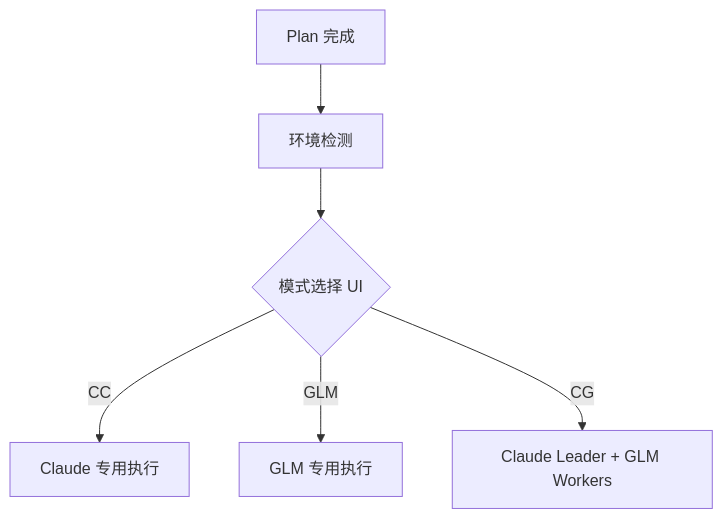
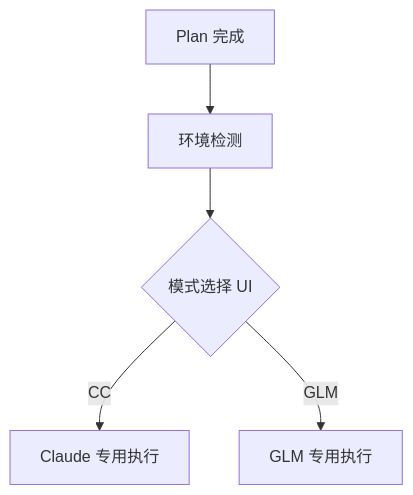
Before and after one commit to modu-ai/moai-adk: the fourth of 4 diagrams in docs-site/content/zh/core-concepts/what-is-moai-adk.md, drawn with Mermaid. The commit also changed other lines of this file and 1608 other files, not shown here.

````diff
--- a/docs-site/content/zh/core-concepts/what-is-moai-adk.md
+++ b/docs-site/content/zh/core-concepts/what-is-moai-adk.md
@@ -368,8 +368,7 @@
 ```mermaid
 flowchart TD
     A["Plan 完成"] --> B["环境检测"]
     B --> C{"模式选择 UI"}
     C -->|"CC"| D["Claude 专用执行"]
     C -->|"GLM"| E["GLM 专用执行"]
-    C -->|"CG"| F["Claude Leader + GLM Workers"]
 ```
````
